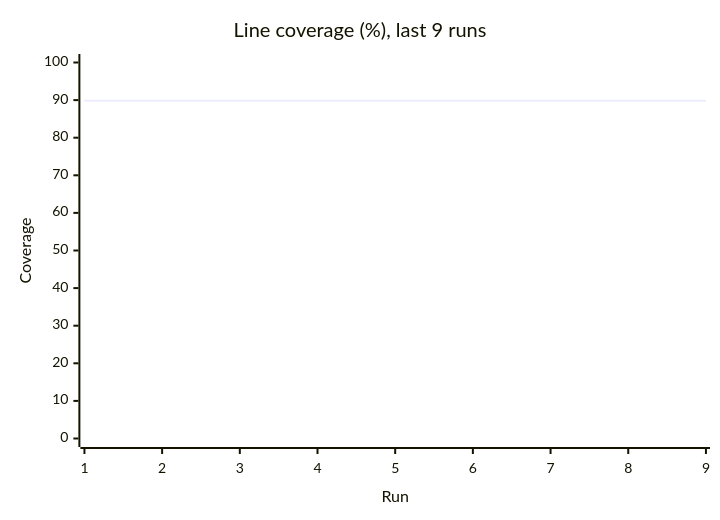
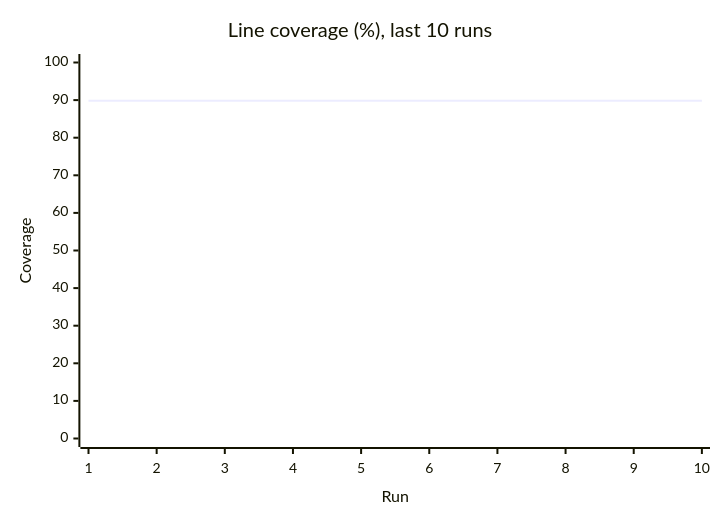
Before and after one commit to Shirojoufu/DORA-Metrics: the third of 3 diagrams in reports/summary.md, drawn with Mermaid. The commit also changed other lines of this file and 5 other files, not shown here.

````diff
--- a/reports/summary.md
+++ b/reports/summary.md
@@ -33,7 +33,7 @@
 ```mermaid
 xychart-beta
-    title "Line coverage (%), last 9 runs"
-    x-axis "Run" [1, 2, 3, 4, 5, 6, 7, 8, 9]
+    title "Line coverage (%), last 10 runs"
+    x-axis "Run" [1, 2, 3, 4, 5, 6, 7, 8, 9, 10]
     y-axis "Coverage" 0 --> 100
-    line [89.82, 89.82, 89.82, 89.82, 89.82, 89.82, 89.82, 89.82, 89.82]
+    line [89.82, 89.82, 89.82, 89.82, 89.82, 89.82, 89.82, 89.82, 89.82, 89.82]
 ```
````
